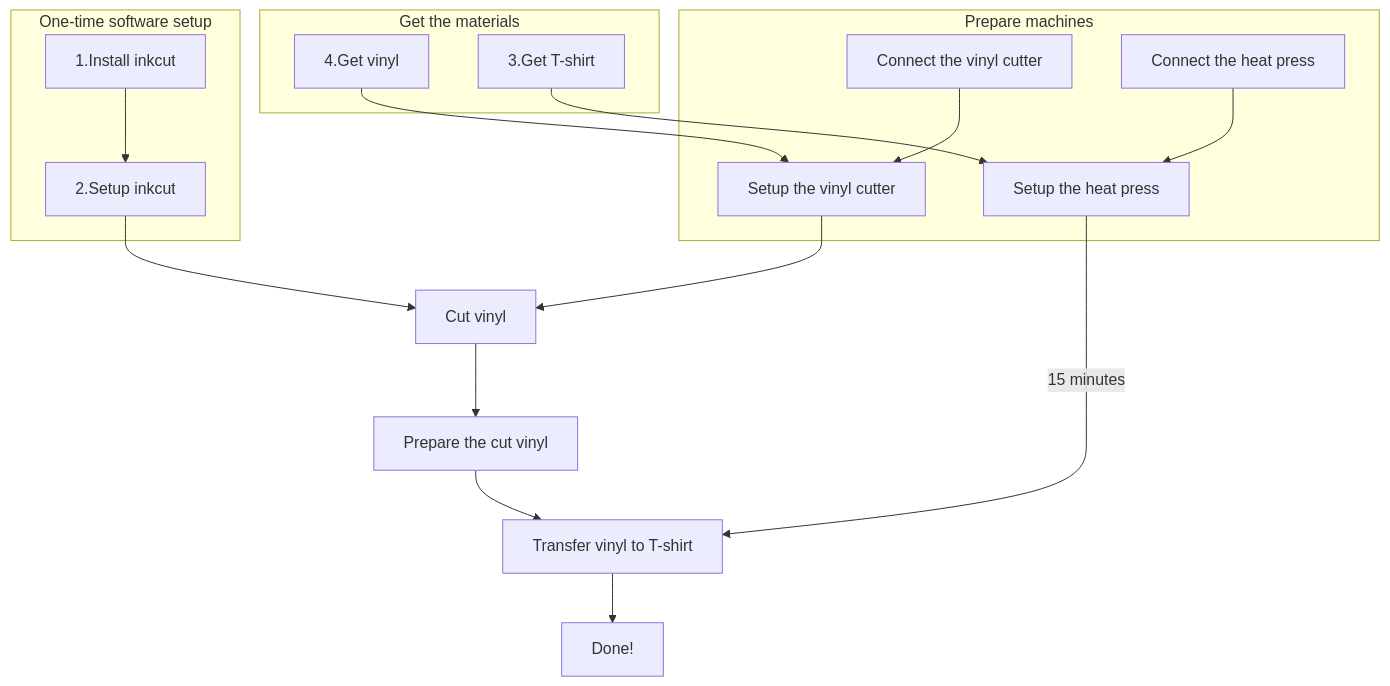
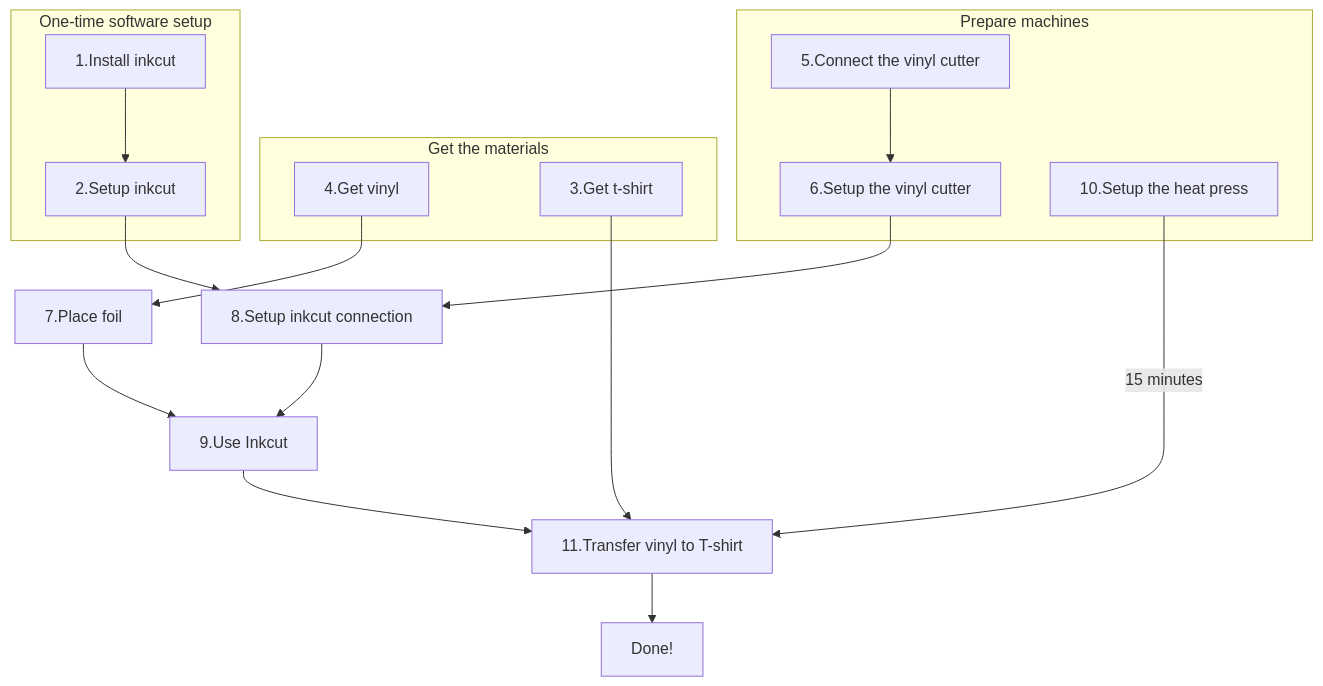
The diagram in docs/steps/procedure.mmd (uppsala-makerspace/vevor_vinyl_cutter_to_t_shirt_manual), drawn with Mermaid before and after one commit. The commit also changed 3 other files, not shown here.

```diff
--- a/docs/steps/procedure.mmd
+++ b/docs/steps/procedure.mmd
@@ -1,35 +1,36 @@
 flowchart TD
   subgraph get_materials[Get the materials]
     get_vinyl[4.Get vinyl]
-    get_t_shirt[3.Get T-shirt]
+    get_t_shirt[3.Get t-shirt]
   end
   subgraph prepare_software[One-time software setup]
     install_inkcut[1.Install inkcut]
     setup_inkcut[2.Setup inkcut]
   end
   subgraph prepare_machines[Prepare machines]
-    connect_cutter[Connect the vinyl cutter]
-    connect_heat_press[Connect the heat press]
-    setup_cutter[Setup the vinyl cutter]
-    setup_heat_press[Setup the heat press]
+    connect_cutter[5.Connect the vinyl cutter]
+    setup_cutter[6.Setup the vinyl cutter]
+    setup_heat_press[10.Setup the heat press]
   end
-  cut[Cut vinyl]
-  prepare_cut_vinyl[Prepare the cut vinyl]
-  transfer[Transfer vinyl to T-shirt]
+  place_vinyl[7.Place foil]
+  setup_inkcut_connection[8.Setup inkcut connection]
+  cut[9.Use Inkcut]
+  transfer[11.Transfer vinyl to T-shirt]
   done[Done!]
 
 
   connect_cutter --> setup_cutter
-  connect_heat_press --> setup_heat_press
   install_inkcut --> setup_inkcut
-  setup_inkcut --> cut
-  setup_cutter --> cut
+  setup_inkcut --> setup_inkcut_connection
+  setup_cutter --> setup_inkcut_connection
 
-  get_vinyl --> setup_cutter
-  get_t_shirt --> setup_heat_press
+  setup_inkcut_connection --> cut
+  place_vinyl --> cut
+
+  get_vinyl --> place_vinyl
+  get_t_shirt --> transfer
 
   setup_heat_press --> |15 minutes| transfer
-  cut --> prepare_cut_vinyl
-  prepare_cut_vinyl --> transfer
+  cut --> transfer
 
   transfer --> done
```
